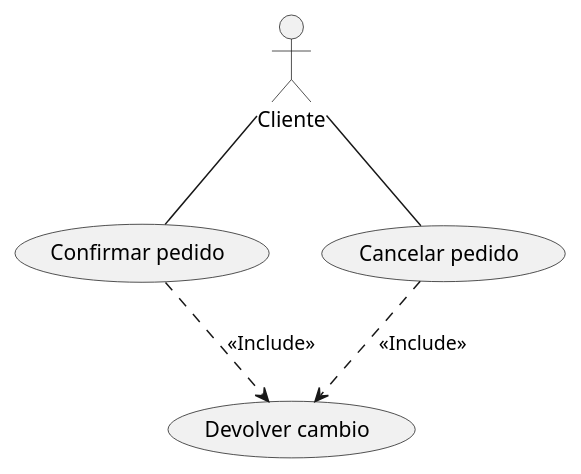
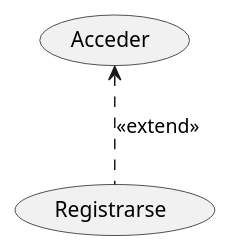
Before and after one commit to alejaandroobc/CasosDeUso_UML: the diagram in src/CasosDeUso_UML.puml, drawn with PlantUML.

Commit message:
Se hace una extensión

```diff
--- a/src/CasosDeUso_UML.puml
+++ b/src/CasosDeUso_UML.puml
@@ -1,11 +1,5 @@
 @startuml
-:Cliente:
-usecase "Confirmar pedido" as UC1
-usecase "Cancelar pedido" as UC2
-usecase "Devolver cambio" as UC3
-Cliente -- UC1
-Cliente -- UC2
-UC1 ..> UC3 : <<Include>>
-UC2 ..> UC3 : <<Include>>
-
+usecase "Acceder" as UC1
+usecase "Registrarse" as UC3
+UC1 <.. UC3 : <<extend>>
 @enduml
```
